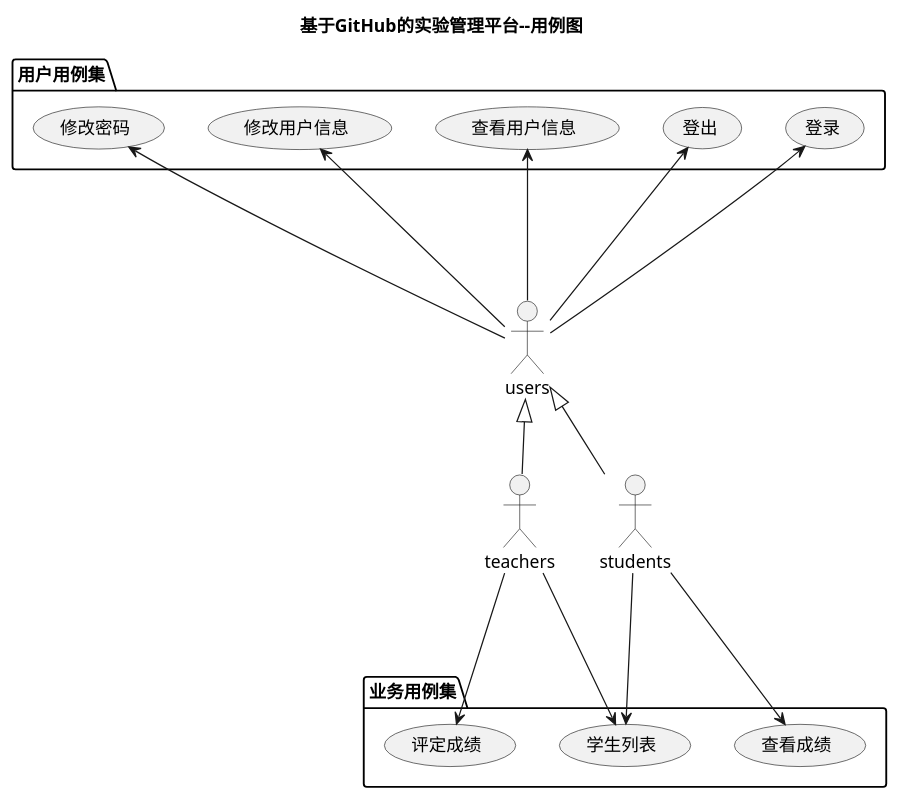
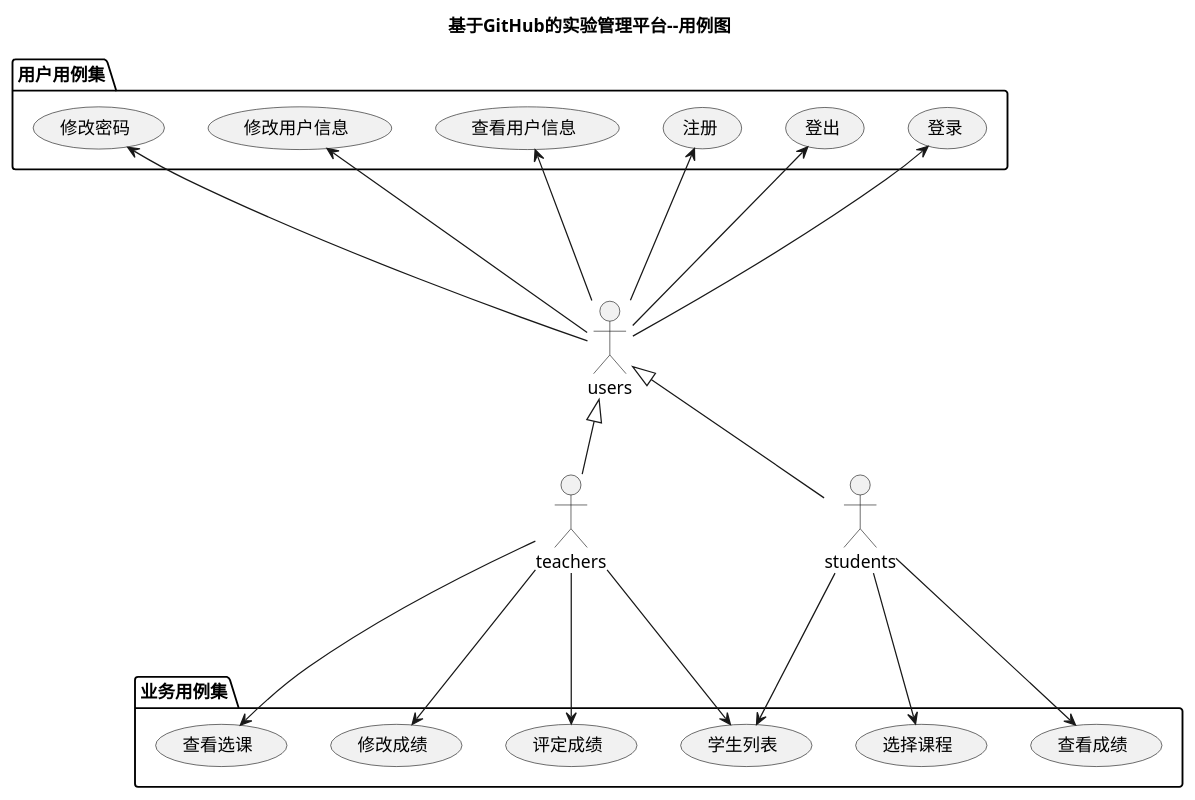
The diagram in test6/src/main/UserCase.puml (yimoqiuyi/is_analysis), drawn with PlantUML before and after one commit. The commit also changed 1 other file, not shown here.

```diff
--- a/test6/src/main/UserCase.puml
+++ b/test6/src/main/UserCase.puml
@@ -1,23 +1,27 @@
 @startuml
 title 基于GitHub的实验管理平台--用例图
 actor teachers
 actor students
 actor users
 users <|-- teachers
 users <|-- students
 
 package 用户用例集 {
 users --up-> (登录)
 users --up-> (登出)
+users --up->(注册)
 users --up-> (查看用户信息)
 users --up-> (修改用户信息)
 users --up-> (修改密码)
 }
 package 业务用例集 {
+teachers ---> (修改成绩)
 teachers ---> (评定成绩)
 teachers ---> (学生列表)
 students ---> (学生列表)
 students ---> (查看成绩)
+students ---> (选择课程)
+teachers ---> (查看选课)
 }
 
 @enduml
```
